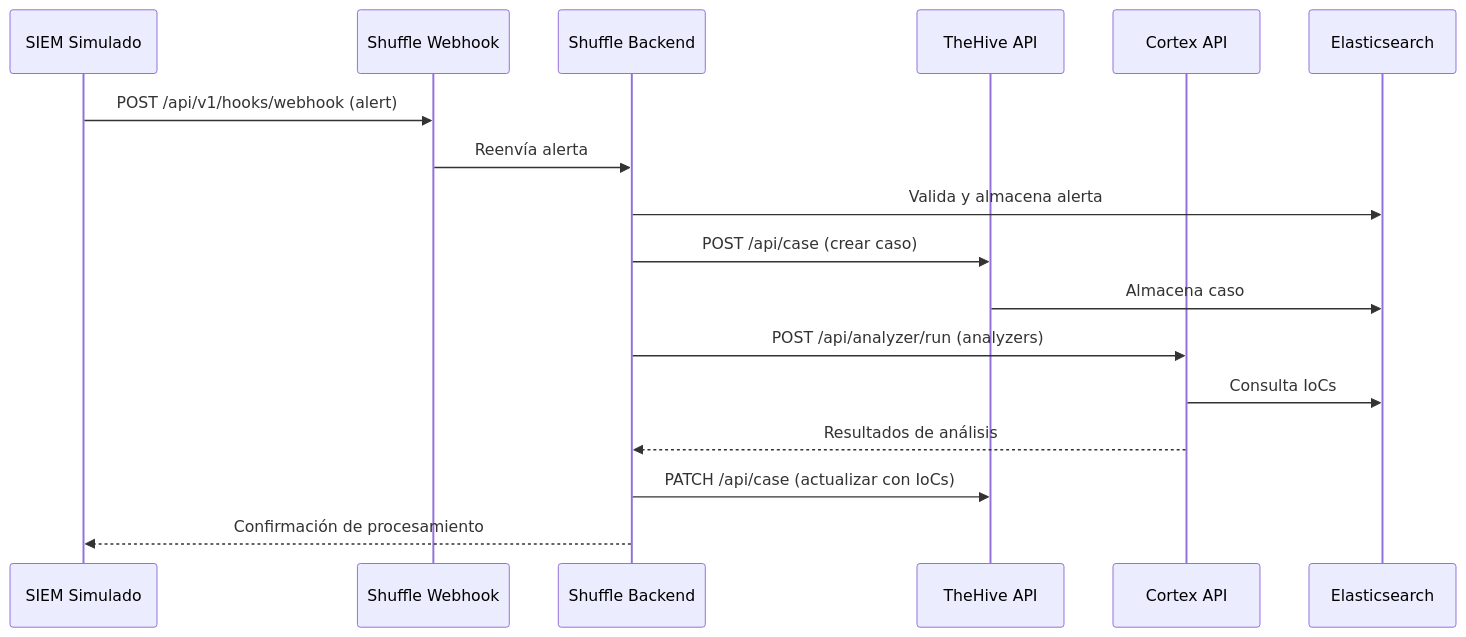
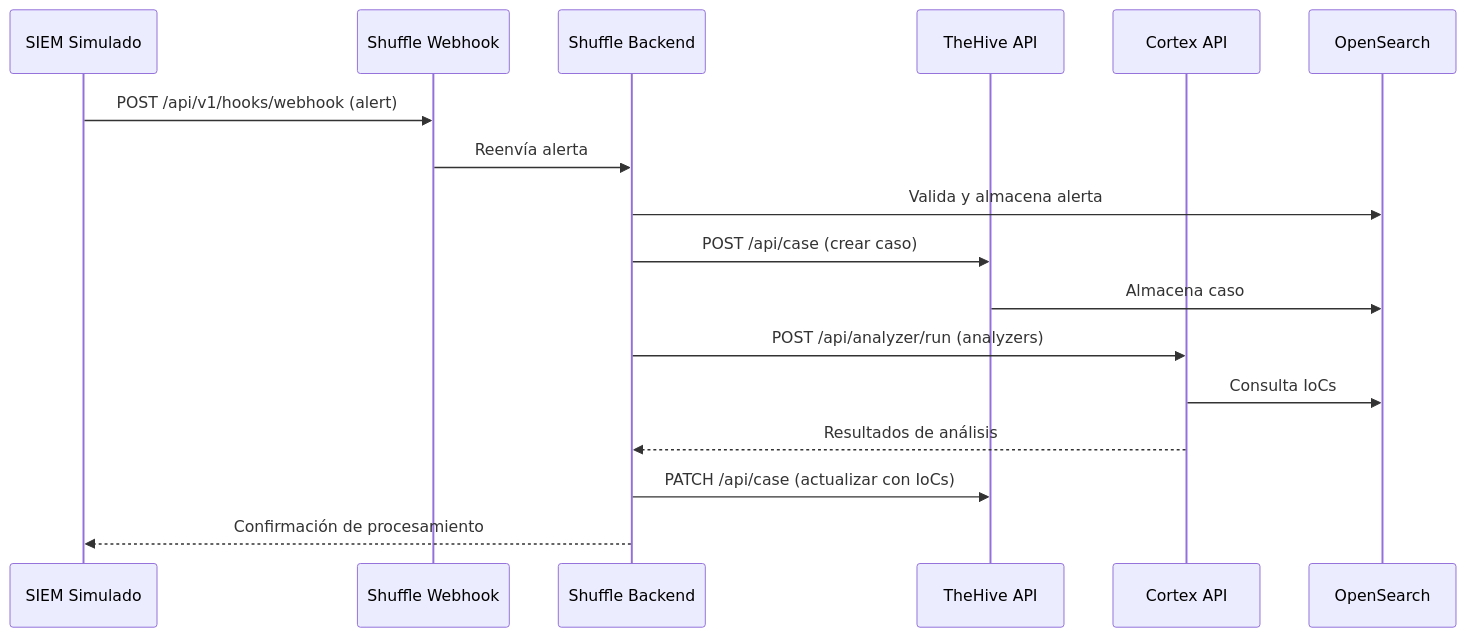
One commit to alesanfe/soar-ransomware-lab changed the second of 3 diagrams in docs/architecture/overview.md. Above: the diagram before and after it, drawn with Mermaid. The commit also changed other lines of this file and 700 other files, not shown here.

````diff
--- a/docs/architecture/overview.md
+++ b/docs/architecture/overview.md
@@ -458,20 +506,20 @@
 ```mermaid
 sequenceDiagram
     participant SIEM as SIEM Simulado
     participant Shuffle as Shuffle Webhook
     participant Backend as Shuffle Backend
     participant TheHive as TheHive API
     participant Cortex as Cortex API
-    participant ES as Elasticsearch
+    participant ES as OpenSearch
 
     SIEM->>Shuffle: POST /api/v1/hooks/webhook (alert)
     Shuffle->>Backend: Reenvía alerta
     Backend->>ES: Valida y almacena alerta
     Backend->>TheHive: POST /api/case (crear caso)
     TheHive->>ES: Almacena caso
     Backend->>Cortex: POST /api/analyzer/run (analyzers)
     Cortex->>ES: Consulta IoCs
     Cortex-->>Backend: Resultados de análisis
     Backend->>TheHive: PATCH /api/case (actualizar con IoCs)
     Backend-->>SIEM: Confirmación de procesamiento
 ```
````
